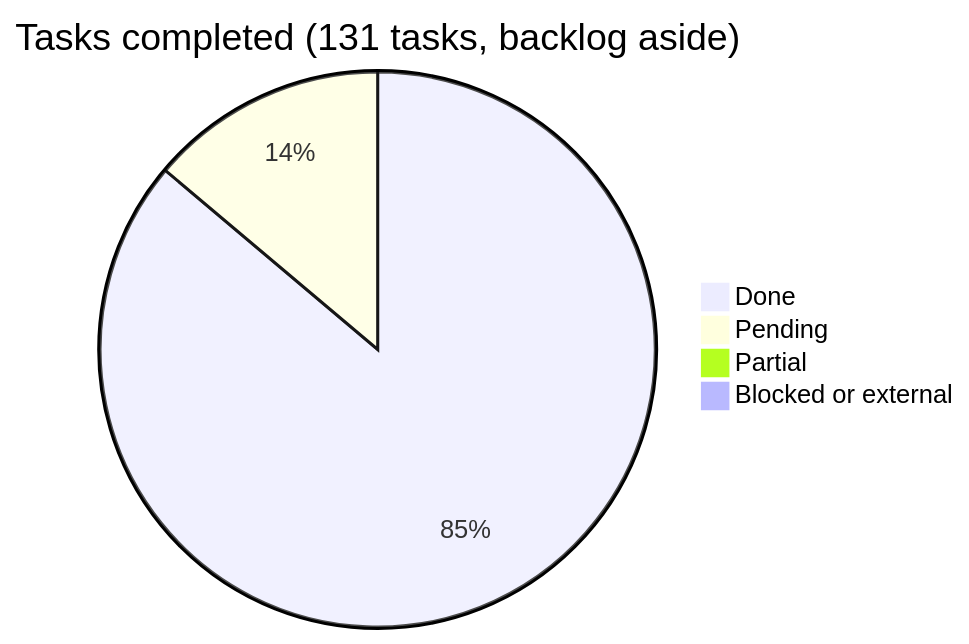
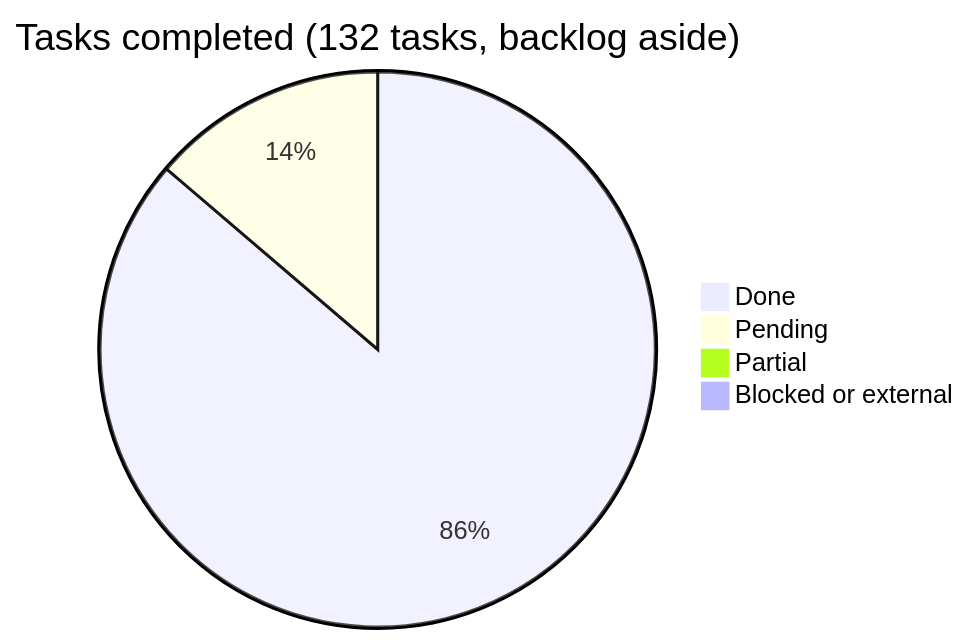
One commit to araguaney-lat/araguaney-app changed the diagram in docs/roadmap/README.md. Above: the diagram before and after it, drawn with Mermaid. The commit also changed other lines of this file and 7 other files, not shown here.

````diff
--- a/docs/roadmap/README.md
+++ b/docs/roadmap/README.md
@@ -29,7 +29,7 @@
 ```mermaid
-pie title Tasks completed (131 tasks, backlog aside)
-    "Done" : 112
+pie title Tasks completed (132 tasks, backlog aside)
+    "Done" : 113
     "Pending" : 18
     "Partial" : 1
     "Blocked or external" : 0
 ```
````
